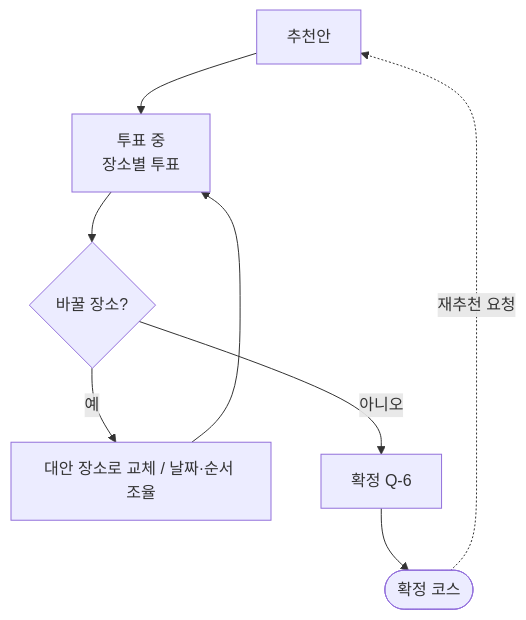
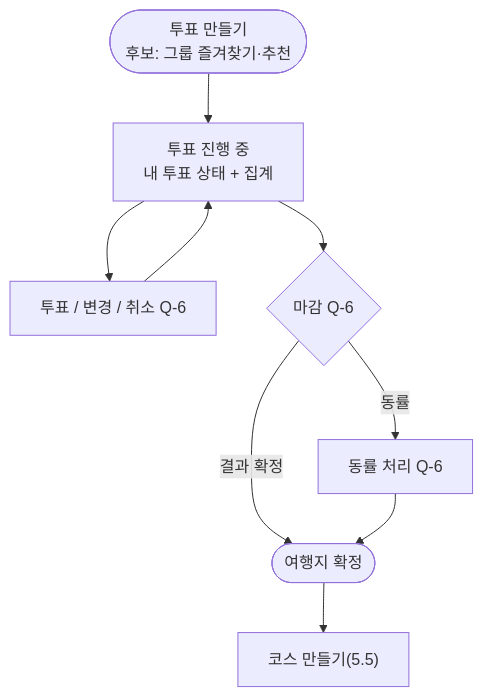
One commit to a204-eodilog/eodilog changed diagram 13 of 24 in docs/flow/user-flow.md. Above: the diagram before and after it, drawn with Mermaid. The commit also changed other lines of this file, not shown here.

````diff
--- a/docs/flow/user-flow.md
+++ b/docs/flow/user-flow.md
@@ -144,9 +288,11 @@
 ```mermaid
 flowchart TD
-    REC["추천안"] --> V["투표 중<br/>장소별 투표"]
-    V --> ALT{"바꿀 장소?"}
-    ALT -- "예" --> SW["대안 장소로 교체 / 날짜·순서 조율"] --> V
-    ALT -- "아니오" --> FIX["확정 Q-6"]
-    FIX --> CONF(["확정 코스"])
-    CONF -. "재추천 요청" .-> REC
+    V(["투표 만들기<br/>후보: 그룹 즐겨찾기·추천"]) --> ING["투표 진행 중<br/>내 투표 상태 + 집계"]
+    ING --> MINE["투표 / 변경 / 취소 Q-6"]
+    MINE --> ING
+    ING --> CLOSE{"마감 Q-6"}
+    CLOSE -- "동률" --> TIE["동률 처리 Q-6"]
+    CLOSE -- "결과 확정" --> DEC(["여행지 확정"])
+    TIE --> DEC
+    DEC --> COURSE["코스 만들기(5.5)"]
 ```
````
